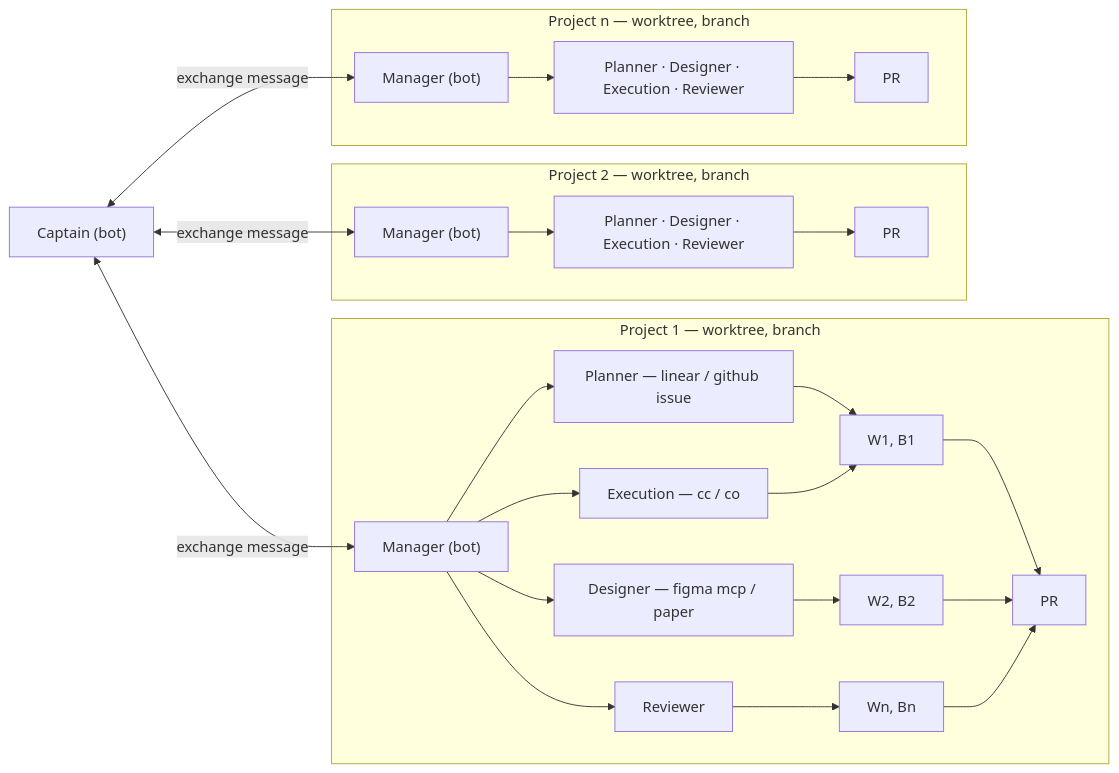
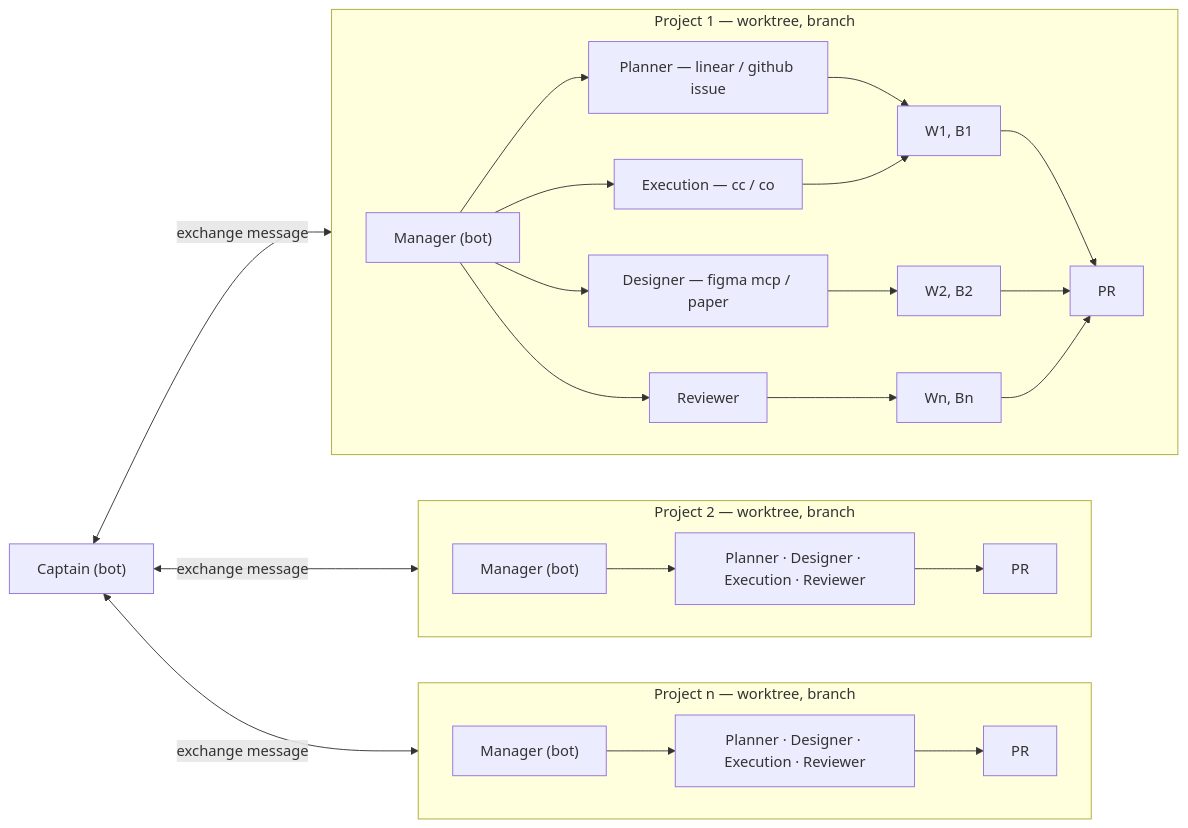
One commit to sanjay-29218/bosun changed the diagram in README.md. Above: the diagram before and after it, drawn with Mermaid.

Commit message:
docs: order projects P1, P2, Pn top to bottom in the diagram

````diff
--- a/README.md
+++ b/README.md
@@ -52,46 +52,49 @@
 ```mermaid
 flowchart LR
   Captain["Captain (bot)"]
 
+  subgraph Pn["Project n — worktree, branch"]
+    direction LR
+    ManagerN["Manager (bot)"]
+    BotsN["Planner · Designer · Execution · Reviewer"]
+    PRN["PR"]
+    ManagerN --> BotsN --> PRN
+  end
+
+  subgraph P2["Project 2 — worktree, branch"]
+    direction LR
+    Manager2["Manager (bot)"]
+    Bots2["Planner · Designer · Execution · Reviewer"]
+    PR2["PR"]
+    Manager2 --> Bots2 --> PR2
+  end
+
   subgraph P1["Project 1 — worktree, branch"]
+    direction LR
     Manager1["Manager (bot)"]
     Planner1["Planner — linear / github issue"]
     Designer1["Designer — figma mcp / paper"]
     Execution1["Execution — cc / co"]
     Reviewer1["Reviewer"]
     W1["W1, B1"]
     W2["W2, B2"]
     Wn["Wn, Bn"]
     PR1["PR"]
 
     Manager1 --> Planner1
     Manager1 --> Designer1
     Manager1 --> Execution1
     Manager1 --> Reviewer1
     Planner1 --> W1
     Designer1 --> W2
     Execution1 --> W1
     Reviewer1 --> Wn
     W1 --> PR1
     W2 --> PR1
     Wn --> PR1
   end
 
-  subgraph P2["Project 2 — worktree, branch"]
-    Manager2["Manager (bot)"]
-    Bots2["Planner · Designer · Execution · Reviewer"]
-    PR2["PR"]
-    Manager2 --> Bots2 --> PR2
-  end
-
-  subgraph Pn["Project n — worktree, branch"]
-    ManagerN["Manager (bot)"]
-    BotsN["Planner · Designer · Execution · Reviewer"]
-    PRN["PR"]
-    ManagerN --> BotsN --> PRN
-  end
-
   Captain <-->|exchange message| Manager1
   Captain <-->|exchange message| Manager2
   Captain <-->|exchange message| ManagerN
 ```
````
